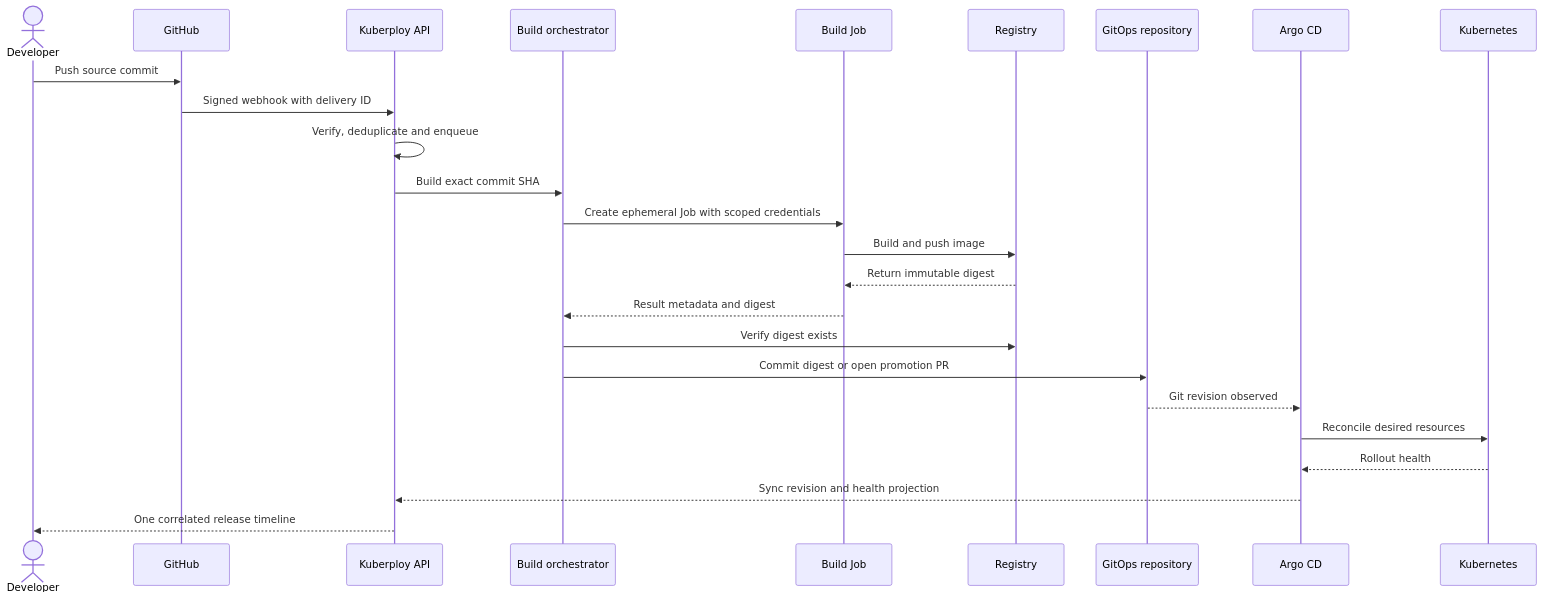
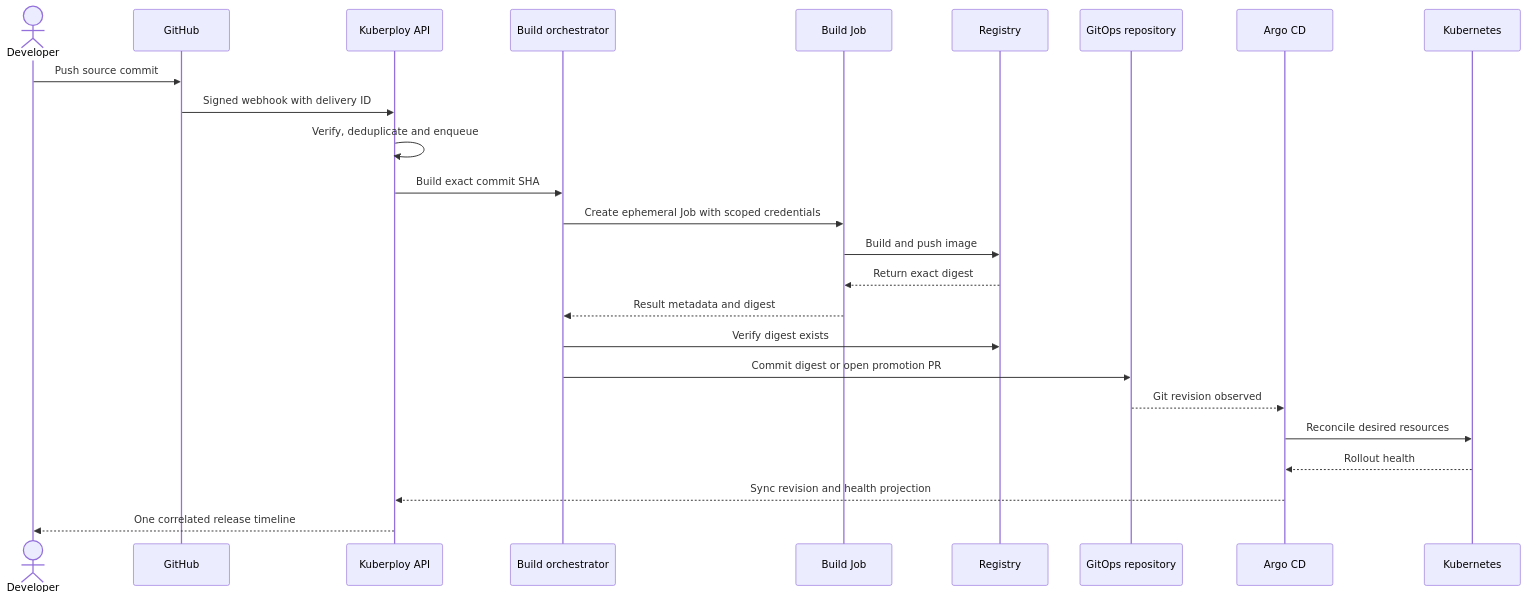
The fourth of 9 diagrams in ARCHITECTURE.md (kuberploy/kuberploy), drawn with Mermaid before and after one commit. The commit also changed other lines of this file and 63 other files, not shown here.

````diff
--- a/ARCHITECTURE.md
+++ b/ARCHITECTURE.md
@@ -785,28 +785,28 @@
 ```mermaid
 sequenceDiagram
     actor Developer
     participant GitHub
     participant API as Kuberploy API
     participant Worker as Build orchestrator
     participant Job as Build Job
     participant Registry
     participant Config as GitOps repository
     participant Argo as Argo CD
     participant Cluster as Kubernetes
 
     Developer->>GitHub: Push source commit
     GitHub->>API: Signed webhook with delivery ID
     API->>API: Verify, deduplicate and enqueue
     API->>Worker: Build exact commit SHA
     Worker->>Job: Create ephemeral Job with scoped credentials
     Job->>Registry: Build and push image
-    Registry-->>Job: Return immutable digest
+    Registry-->>Job: Return exact digest
     Job-->>Worker: Result metadata and digest
     Worker->>Registry: Verify digest exists
     Worker->>Config: Commit digest or open promotion PR
     Config-->>Argo: Git revision observed
     Argo->>Cluster: Reconcile desired resources
     Cluster-->>Argo: Rollout health
     Argo-->>API: Sync revision and health projection
     API-->>Developer: One correlated release timeline
 ```
````
